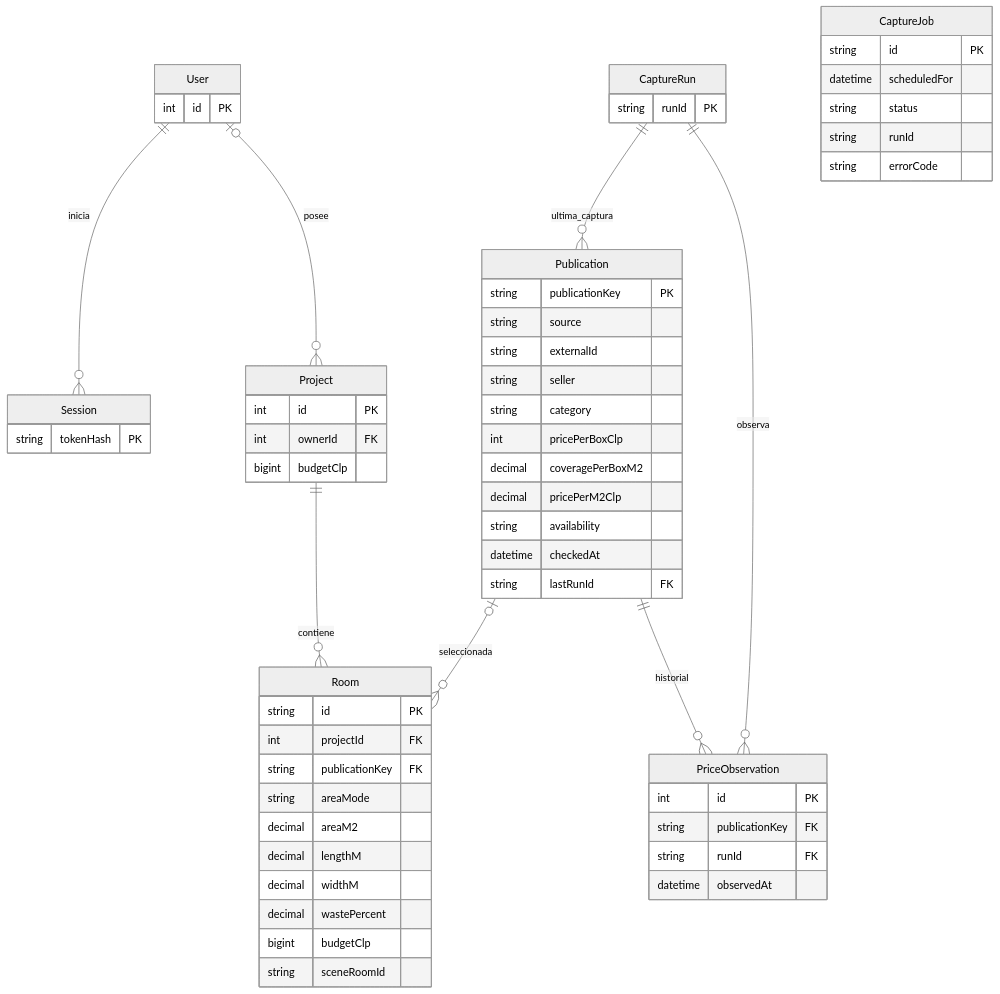
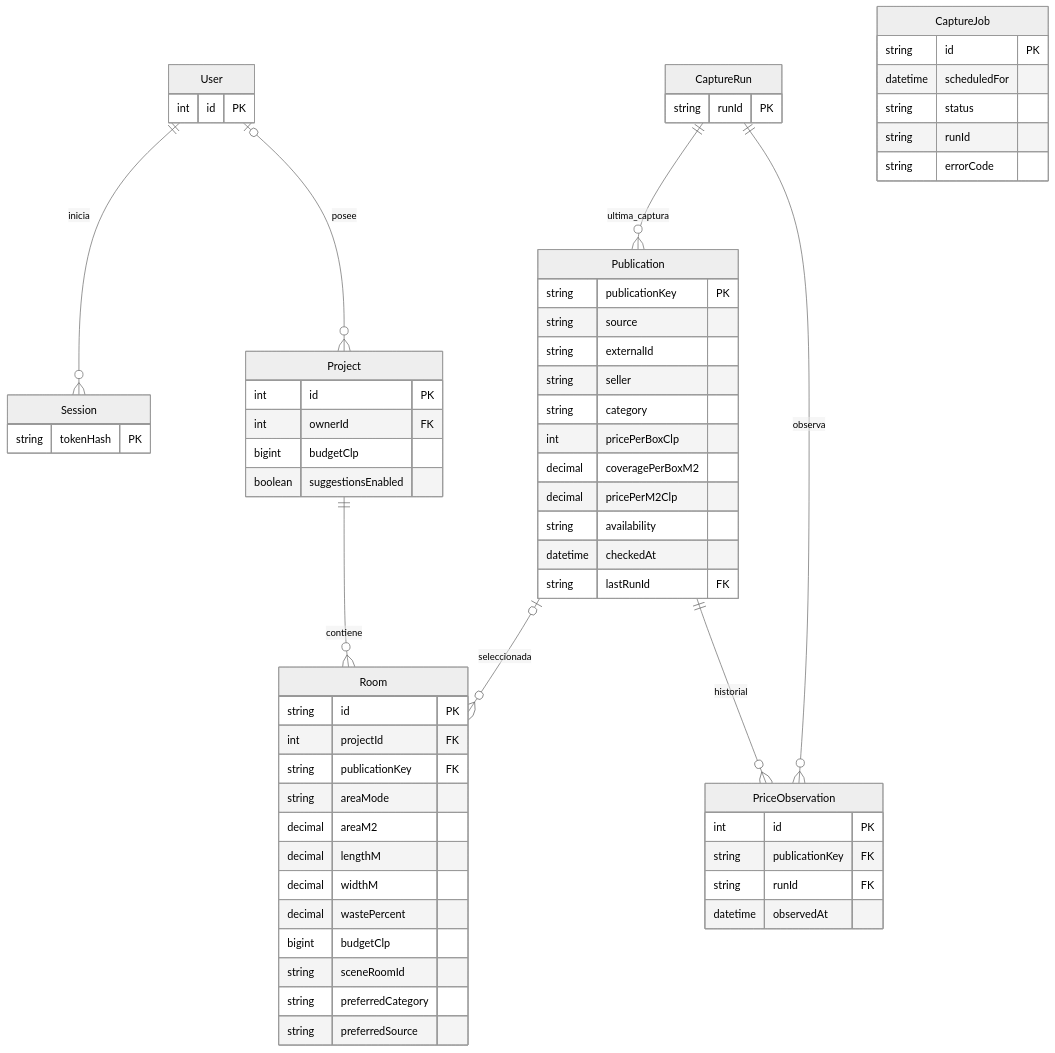
The diagram in docs/architecture/data-model.md (Fourdath/Habita3D), drawn with Mermaid (neutral theme) before and after one commit. The commit also changed other lines of this file and 22 other files, not shown here.

````diff
--- a/docs/architecture/data-model.md
+++ b/docs/architecture/data-model.md
@@ -10,56 +10,59 @@
 ```mermaid
 erDiagram
     User ||--o{ Session : inicia
     User o|--o{ Project : posee
     Project ||--o{ Room : contiene
     Publication o|--o{ Room : seleccionada
     CaptureRun ||--o{ Publication : ultima_captura
     Publication ||--o{ PriceObservation : historial
     CaptureRun ||--o{ PriceObservation : observa
     User { int id PK }
     Session { string tokenHash PK }
     Project {
         int id PK
         int ownerId FK
         bigint budgetClp
+        boolean suggestionsEnabled
     }
     Room {
         string id PK
         int projectId FK
         string publicationKey FK
         string areaMode
         decimal areaM2
         decimal lengthM
         decimal widthM
         decimal wastePercent
         bigint budgetClp
         string sceneRoomId
+        string preferredCategory
+        string preferredSource
     }
     Publication {
         string publicationKey PK
         string source
         string externalId
         string seller
         string category
         int pricePerBoxClp
         decimal coveragePerBoxM2
         decimal pricePerM2Clp
         string availability
         datetime checkedAt
         string lastRunId FK
     }
     CaptureRun { string runId PK }
     PriceObservation {
         int id PK
         string publicationKey FK
         string runId FK
         datetime observedAt
     }
     CaptureJob {
         string id PK
         datetime scheduledFor
         string status
         string runId
         string errorCode
     }
 ```
````
